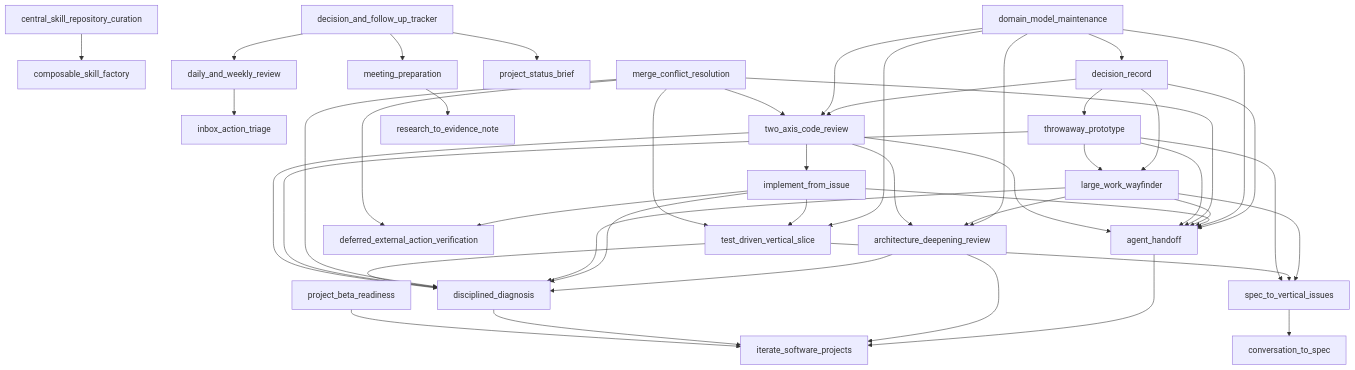
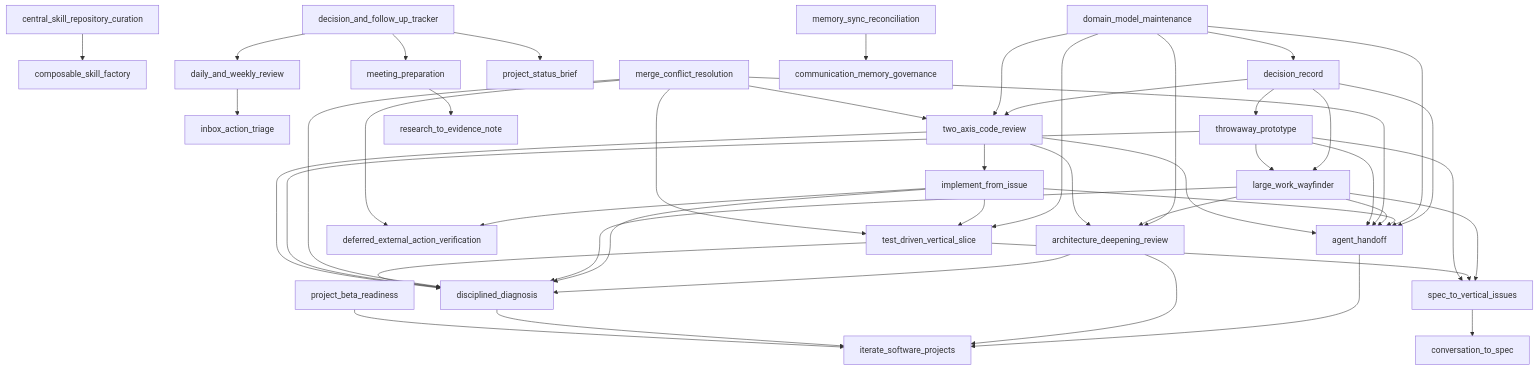
The diagram in docs/SKILL-DEPENDENCIES.md (GithubLarsKomo/skillz), drawn with Mermaid before and after one commit. The commit also changed other lines of this file and 4 other files, not shown here.

Commit message:
Generate memory reconciliation metadata

````diff
--- a/docs/SKILL-DEPENDENCIES.md
+++ b/docs/SKILL-DEPENDENCIES.md
@@ -5,47 +5,48 @@
 ```mermaid
 graph TD
   agent_handoff --> iterate_software_projects
   architecture_deepening_review --> disciplined_diagnosis
   architecture_deepening_review --> iterate_software_projects
   central_skill_repository_curation --> composable_skill_factory
   daily_and_weekly_review --> inbox_action_triage
   decision_and_follow_up_tracker --> daily_and_weekly_review
   decision_and_follow_up_tracker --> meeting_preparation
   decision_and_follow_up_tracker --> project_status_brief
   decision_record --> agent_handoff
   decision_record --> large_work_wayfinder
   decision_record --> throwaway_prototype
   decision_record --> two_axis_code_review
   disciplined_diagnosis --> iterate_software_projects
   domain_model_maintenance --> agent_handoff
   domain_model_maintenance --> architecture_deepening_review
   domain_model_maintenance --> decision_record
   domain_model_maintenance --> test_driven_vertical_slice
   domain_model_maintenance --> two_axis_code_review
   implement_from_issue --> agent_handoff
   implement_from_issue --> deferred_external_action_verification
   implement_from_issue --> disciplined_diagnosis
   implement_from_issue --> test_driven_vertical_slice
   large_work_wayfinder --> agent_handoff
   large_work_wayfinder --> architecture_deepening_review
   large_work_wayfinder --> disciplined_diagnosis
   large_work_wayfinder --> spec_to_vertical_issues
   meeting_preparation --> research_to_evidence_note
+  memory_sync_reconciliation --> communication_memory_governance
   merge_conflict_resolution --> agent_handoff
   merge_conflict_resolution --> deferred_external_action_verification
   merge_conflict_resolution --> disciplined_diagnosis
   merge_conflict_resolution --> test_driven_vertical_slice
   merge_conflict_resolution --> two_axis_code_review
   project_beta_readiness --> iterate_software_projects
   spec_to_vertical_issues --> conversation_to_spec
   test_driven_vertical_slice --> disciplined_diagnosis
   test_driven_vertical_slice --> spec_to_vertical_issues
   throwaway_prototype --> agent_handoff
   throwaway_prototype --> disciplined_diagnosis
   throwaway_prototype --> large_work_wayfinder
   throwaway_prototype --> spec_to_vertical_issues
   two_axis_code_review --> agent_handoff
   two_axis_code_review --> architecture_deepening_review
   two_axis_code_review --> disciplined_diagnosis
   two_axis_code_review --> implement_from_issue
 ```
````
